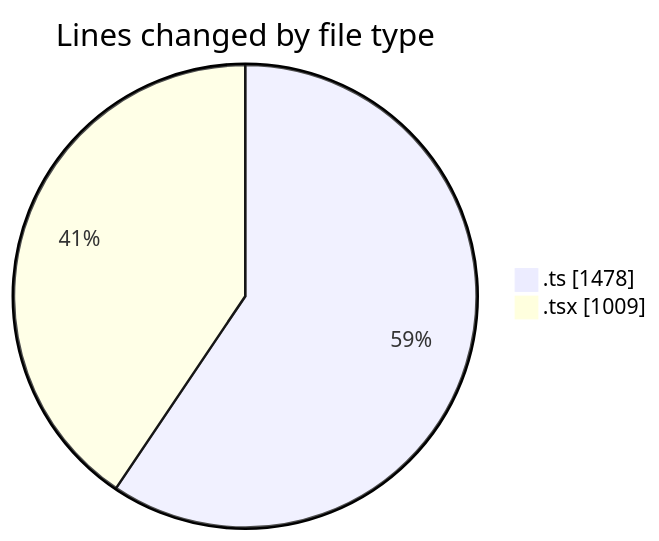
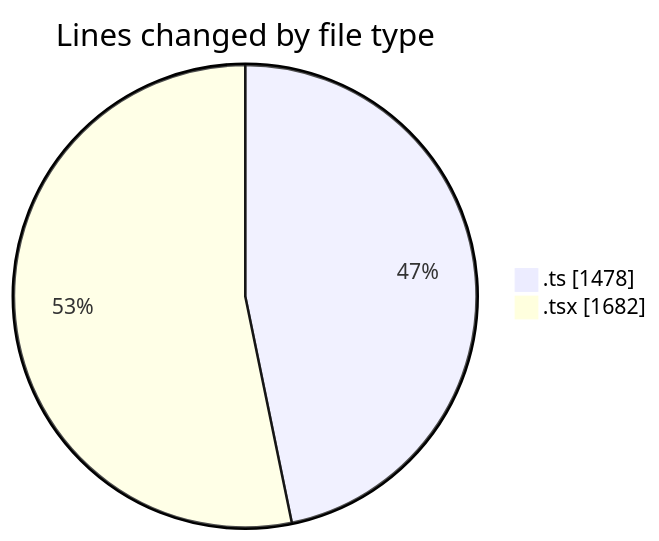
Before and after one commit to nxtqubesakshisongat/code-tracking: the first of 2 diagrams in 2026-03-04/nxtqube_webapp/README.md, drawn with Mermaid. The commit also changed other lines of this file and 1 other file, not shown here.

````diff
--- a/2026-03-04/nxtqube_webapp/README.md
+++ b/2026-03-04/nxtqube_webapp/README.md
@@ -24,6 +25,6 @@
 ```mermaid
 pie showData
 title Lines changed by file type
 ".ts" : 1478
-".tsx" : 1009
+".tsx" : 1682
 ```
````
